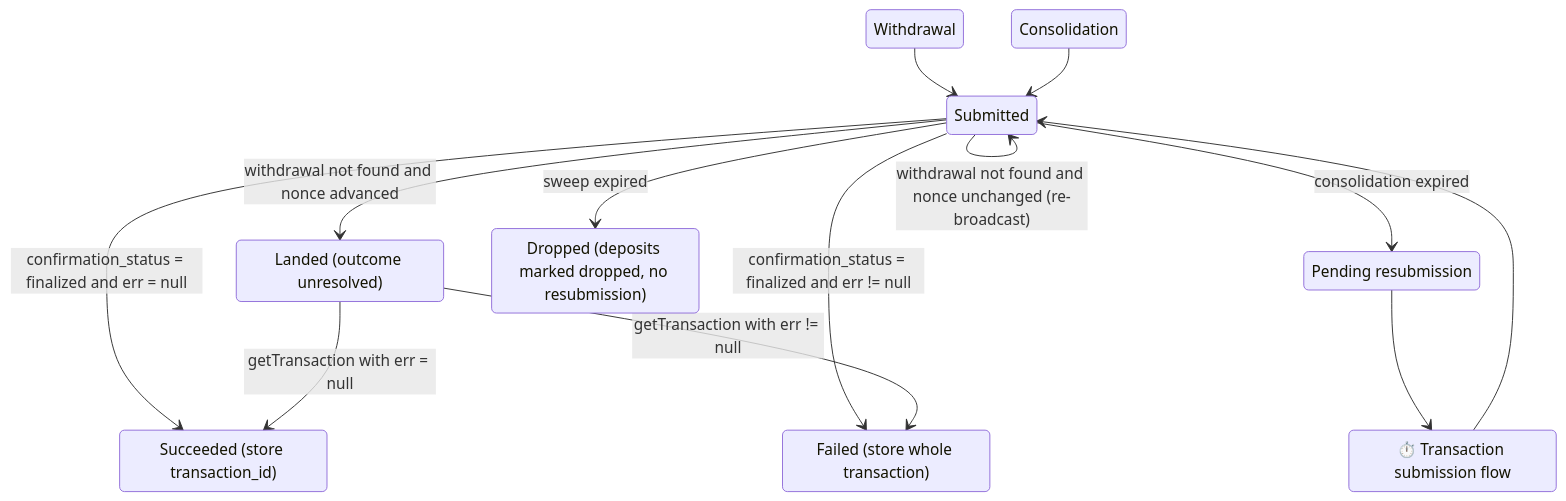
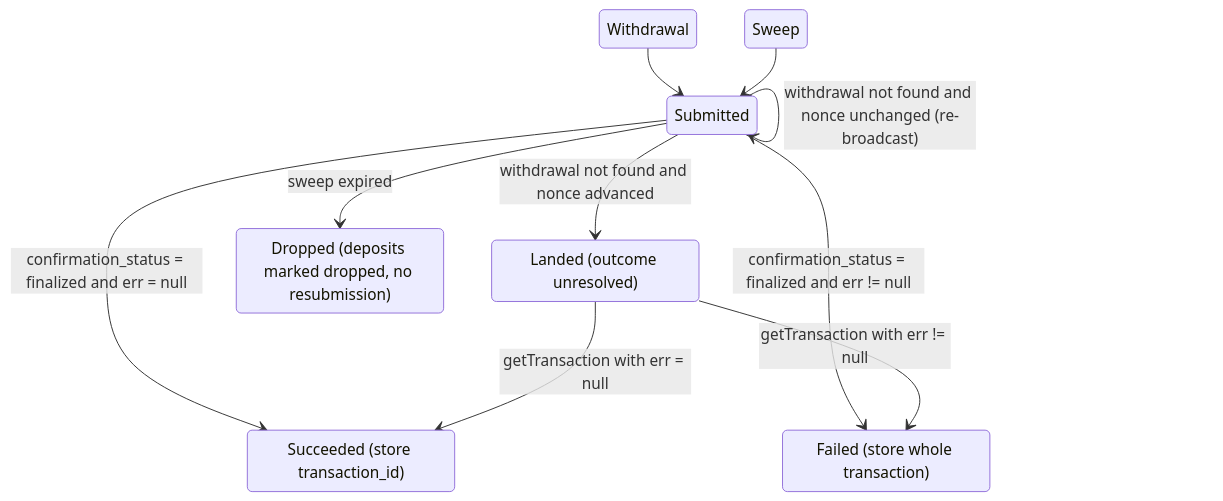
One commit to dfinity/cksol changed the eighth of 8 diagrams in docs/design.md. Above: the diagram before and after it, drawn with Mermaid. The commit also changed other lines of this file, not shown here.

````diff
--- a/docs/design.md
+++ b/docs/design.md
@@ -576,22 +583,17 @@
 ```mermaid
 stateDiagram-v2
     Withdrawal --> Submitted
-    Consolidation --> Submitted
-    Submission --> Submitted
+    Sweep --> Submitted
     Submitted --> Succeeded: confirmation_status = finalized and err = null
     Submitted --> Failed: confirmation_status = finalized and err != null
     Submitted --> Submitted: withdrawal not found and nonce unchanged (re-broadcast)
     Submitted --> Landed: withdrawal not found and nonce advanced
     Landed --> Succeeded: getTransaction with err = null
     Landed --> Failed: getTransaction with err != null
-    Submitted --> PendingResubmission: consolidation expired
     Submitted --> Dropped: sweep expired
-    PendingResubmission --> Submission
 
-    Submission: ⏱️ Transaction submission flow
     Succeeded: Succeeded (store transaction_id)
     Failed: Failed (store whole transaction)
     Landed: Landed (outcome unresolved)
-    PendingResubmission: Pending resubmission
     Dropped: Dropped (deposits marked dropped, no resubmission)
 ```
````
